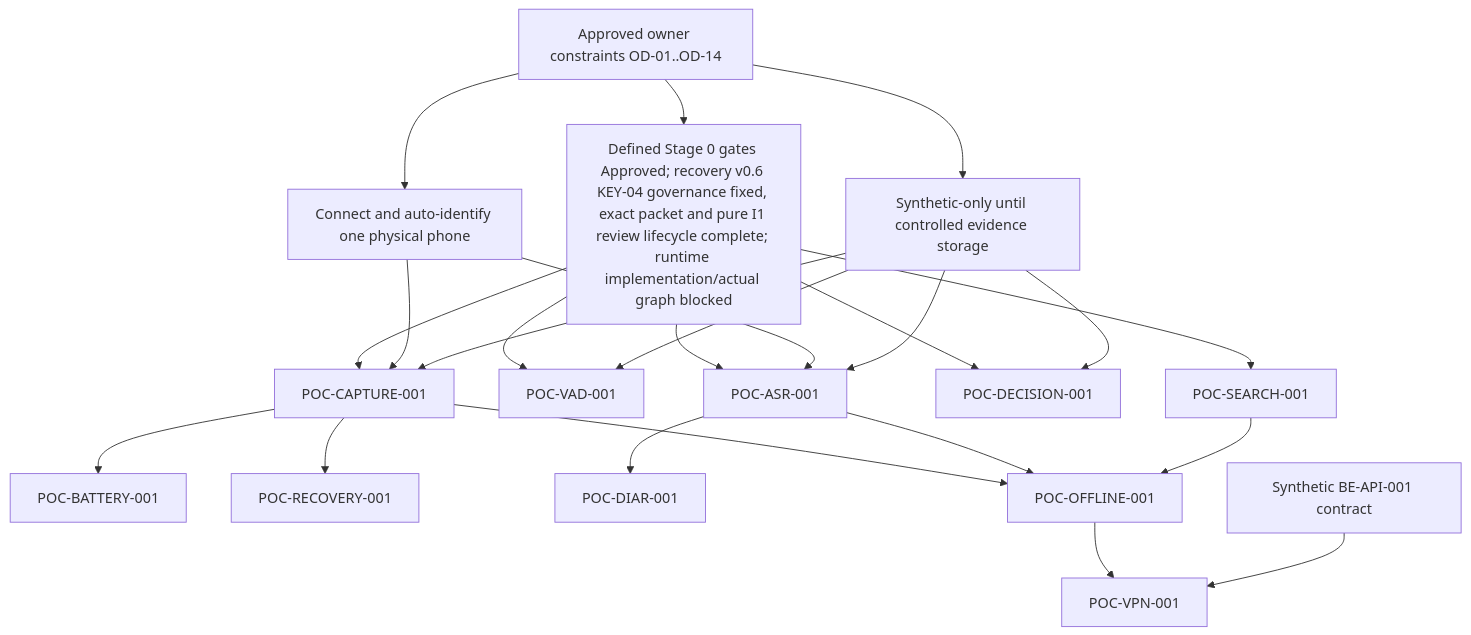
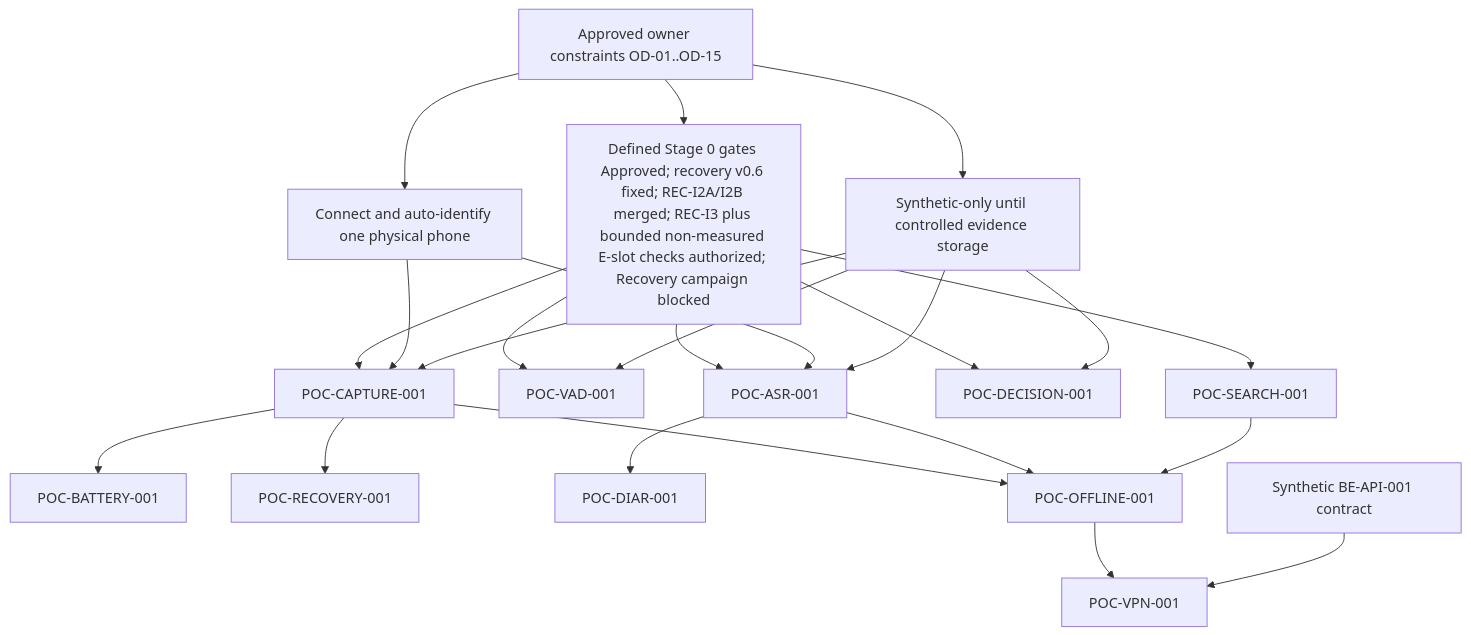
Before and after one commit to Monumentogram/DORA: the diagram in docs/stage0/DORA_MVP1_POC_EXECUTION_ORDER.md, drawn with Mermaid. The commit also changed other lines of this file and 10 other files, not shown here.

````diff
--- a/docs/stage0/DORA_MVP1_POC_EXECUTION_ORDER.md
+++ b/docs/stage0/DORA_MVP1_POC_EXECUTION_ORDER.md
@@ -44,25 +44,25 @@
 ```mermaid
 flowchart TD
-    O["Approved owner constraints OD-01..OD-14"] --> G["Defined Stage 0 gates Approved; recovery v0.6 KEY-04 governance fixed, exact packet and pure I1 review lifecycle complete; runtime implementation/actual graph blocked"]
+    O["Approved owner constraints OD-01..OD-15"] --> G["Defined Stage 0 gates Approved; recovery v0.6 fixed; REC-I2A/I2B merged; REC-I3 plus bounded non-measured E-slot checks authorized; Recovery campaign blocked"]
     O --> D["Connect and auto-identify one physical phone"]
     O --> C["Synthetic-only until controlled evidence storage"]
     G --> CAP["POC-CAPTURE-001"]
     D --> CAP
     C --> CAP
     CAP --> BAT["POC-BATTERY-001"]
     CAP --> REC["POC-RECOVERY-001"]
     G --> VAD["POC-VAD-001"]
     C --> VAD
     G --> ASR["POC-ASR-001"]
     D --> ASR
     C --> ASR
     ASR --> DIAR["POC-DIAR-001"]
     G --> DEC["POC-DECISION-001"]
     C --> DEC
     G --> SEARCH["POC-SEARCH-001"]
     CAP --> OFF["POC-OFFLINE-001"]
     ASR --> OFF
     SEARCH --> OFF
     OFF --> VPN["POC-VPN-001"]
     API["Synthetic BE-API-001 contract"] --> VPN
 ```
````
